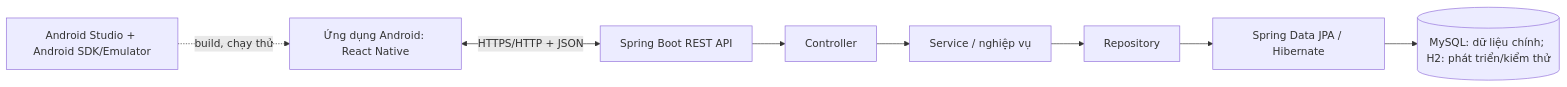
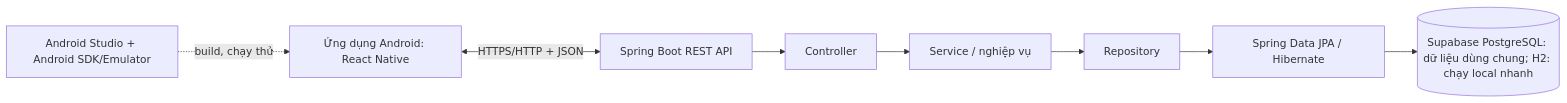
One commit to vuduc6002/GoPlant changed the second of 2 diagrams in README.md. Above: the diagram before and after it, drawn with Mermaid. The commit also changed other lines of this file, not shown here.

Commit message:
docs: document Supabase PostgreSQL setup

````diff
--- a/README.md
+++ b/README.md
@@ -134,10 +134,10 @@
 ```mermaid
 flowchart LR
     APP[Ứng dụng Android: React Native] <-->|HTTPS/HTTP + JSON| API[Spring Boot REST API]
     API --> C[Controller]
     C --> S[Service / nghiệp vụ]
     S --> R[Repository]
     R --> J[Spring Data JPA / Hibernate]
-    J --> DB[(MySQL: dữ liệu chính; H2: phát triển/kiểm thử)]
+    J --> DB[(Supabase PostgreSQL: dữ liệu dùng chung; H2: chạy local nhanh)]
     AS[Android Studio + Android SDK/Emulator] -. build, chạy thử .-> APP
 ```
````
